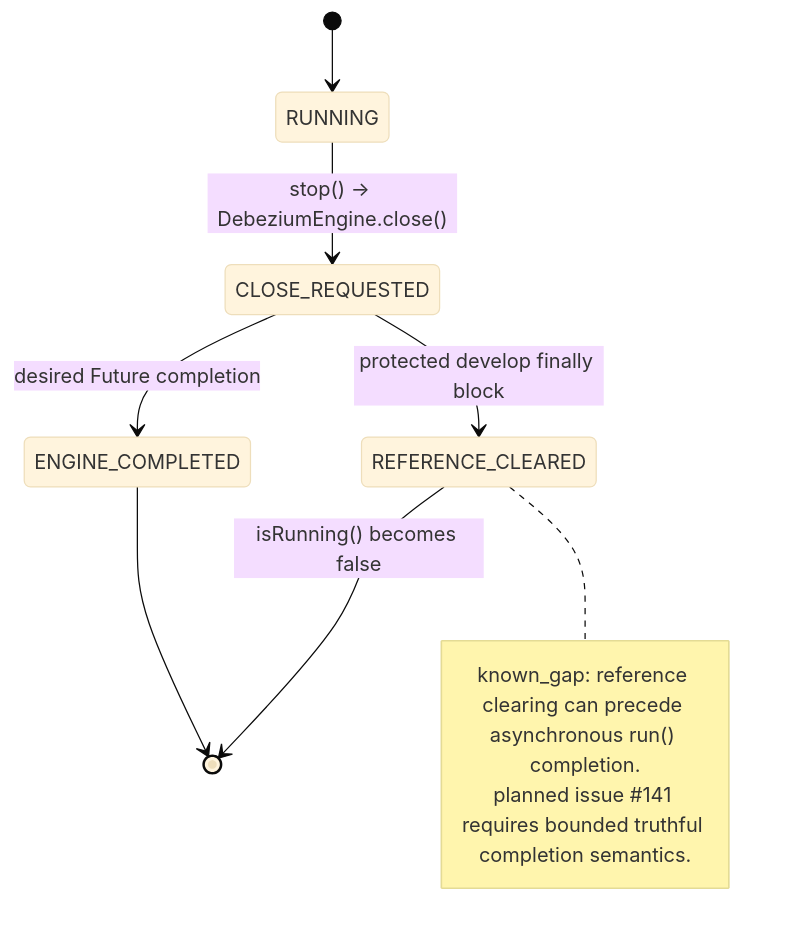
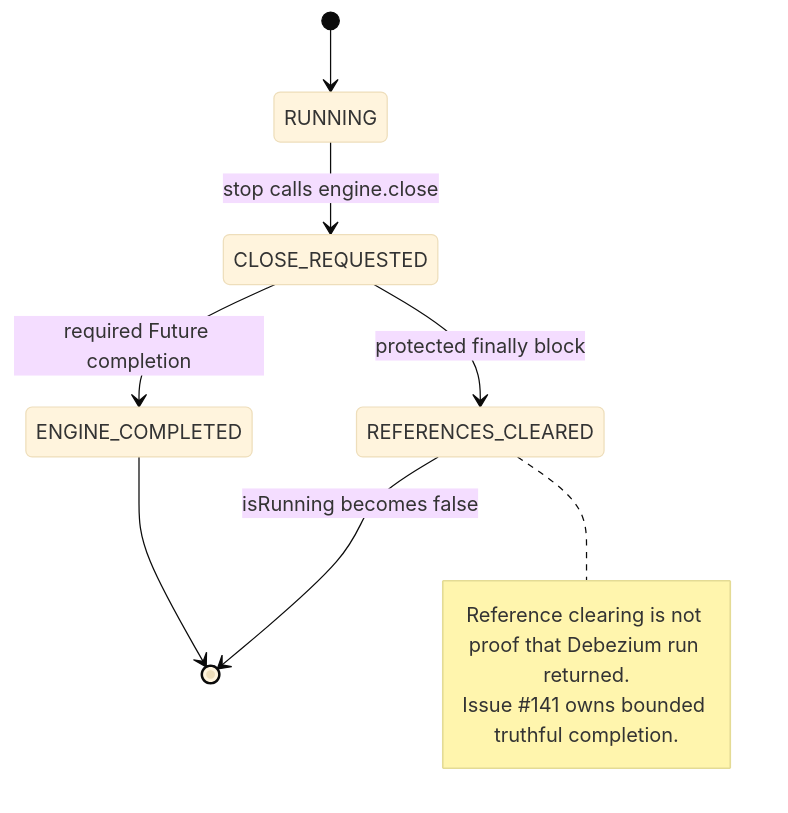
One commit to ContextualWisdomLab/mightyETL changed the eighth of 16 diagrams in docs/UML.md. Above: the diagram before and after it, drawn with Mermaid (base theme). The commit also changed other lines of this file, not shown here.

Commit message:
docs: add identity recovery DLT and release UML

````diff
--- a/docs/UML.md
+++ b/docs/UML.md
@@ -194,14 +182,14 @@
 ```mermaid
 stateDiagram-v2
     [*] --> RUNNING
-    RUNNING --> CLOSE_REQUESTED: stop() -> DebeziumEngine.close()
-    CLOSE_REQUESTED --> REFERENCE_CLEARED: protected develop finally block
-    REFERENCE_CLEARED --> [*]: isRunning() becomes false
-    CLOSE_REQUESTED --> ENGINE_COMPLETED: desired Future completion
+    RUNNING --> CLOSE_REQUESTED: stop calls engine.close
+    CLOSE_REQUESTED --> REFERENCES_CLEARED: protected finally block
+    REFERENCES_CLEARED --> [*]: isRunning becomes false
+    CLOSE_REQUESTED --> ENGINE_COMPLETED: required Future completion
     ENGINE_COMPLETED --> [*]
 
-    note right of REFERENCE_CLEARED
-      known_gap: reference clearing can precede asynchronous run() completion.
-      planned issue #141 requires bounded truthful completion semantics.
+    note right of REFERENCES_CLEARED
+      Reference clearing is not proof that Debezium run returned.
+      Issue #141 owns bounded truthful completion.
     end note
 ```
````
